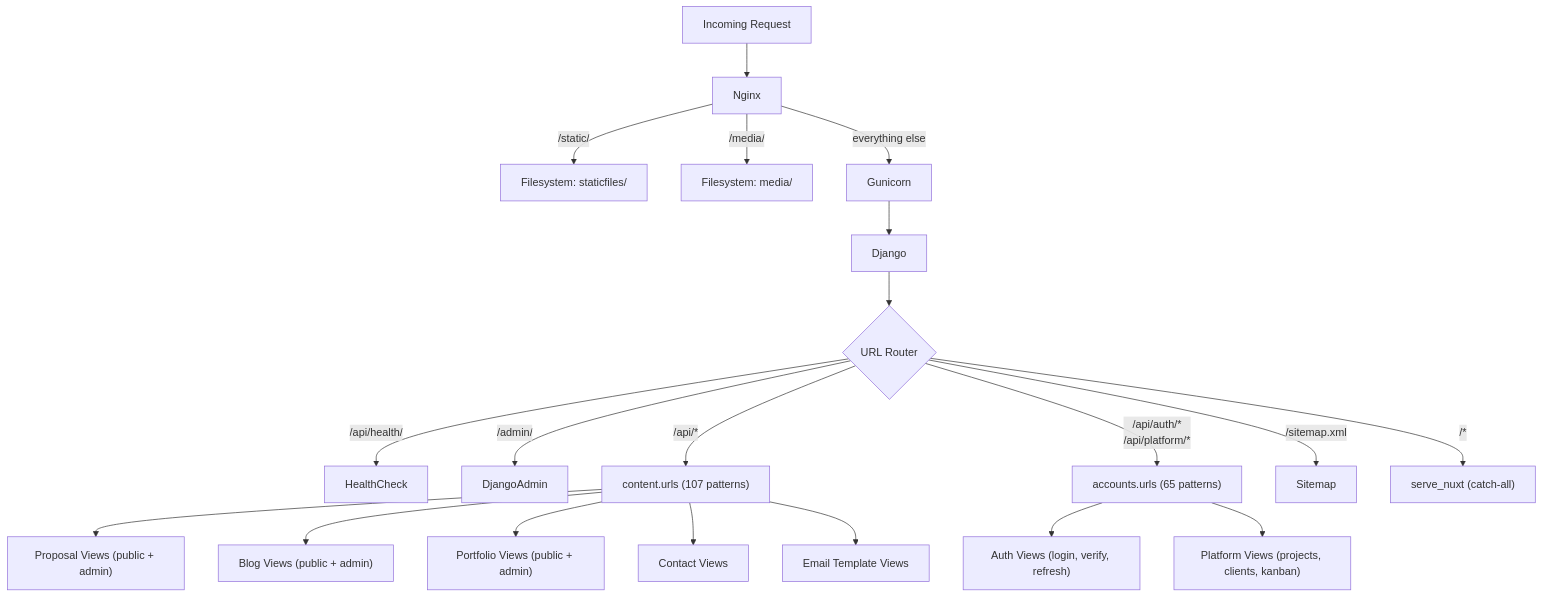
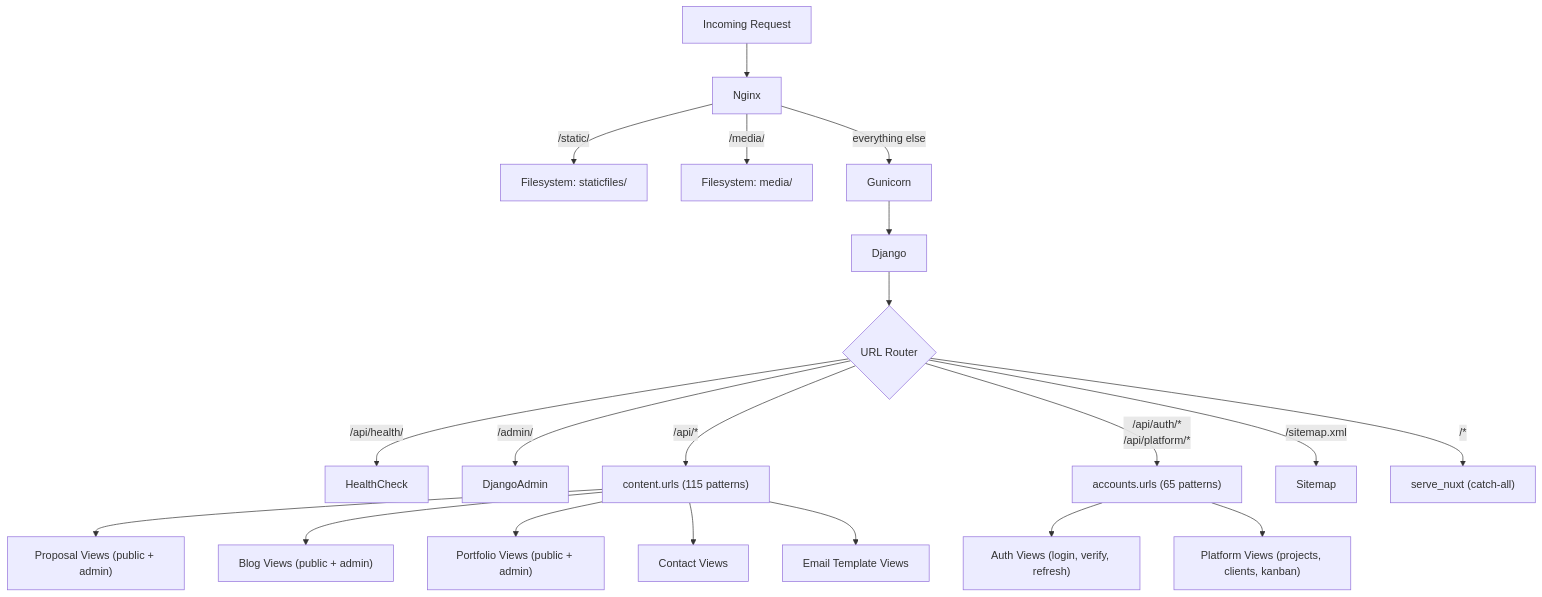
The third of 11 diagrams in docs/methodology/architecture.md (gustavop-dev/projectapp), drawn with Mermaid before and after one commit. The commit also changed other lines of this file and 82 other files, not shown here.

````diff
--- a/docs/methodology/architecture.md
+++ b/docs/methodology/architecture.md
@@ -82,28 +82,28 @@
 ```mermaid
 flowchart TD
     Request[Incoming Request] --> Nginx
 
     Nginx -->|/static/| FS1[Filesystem: staticfiles/]
     Nginx -->|/media/| FS2[Filesystem: media/]
     Nginx -->|everything else| Gunicorn
 
     Gunicorn --> Django
     Django --> URLRouter{URL Router}
 
     URLRouter -->|/api/health/| HealthCheck
     URLRouter -->|/admin/| DjangoAdmin
 
-    URLRouter -->|/api/*| ContentURLs["content.urls (107 patterns)"]
+    URLRouter -->|/api/*| ContentURLs["content.urls (115 patterns)"]
     URLRouter -->|/api/auth/*<br>/api/platform/*| AccountsURLs["accounts.urls (65 patterns)"]
     URLRouter -->|/sitemap.xml| Sitemap
     URLRouter -->|/*| ServeNuxt["serve_nuxt (catch-all)"]
 
     AccountsURLs --> AuthViews["Auth Views (login, verify, refresh)"]
     AccountsURLs --> PlatformViews["Platform Views (projects, clients, kanban)"]
 
     ContentURLs --> ProposalViews["Proposal Views (public + admin)"]
     ContentURLs --> BlogViews["Blog Views (public + admin)"]
     ContentURLs --> PortfolioViews["Portfolio Views (public + admin)"]
     ContentURLs --> ContactViews["Contact Views"]
     ContentURLs --> EmailTemplateViews["Email Template Views"]
 ```
````
